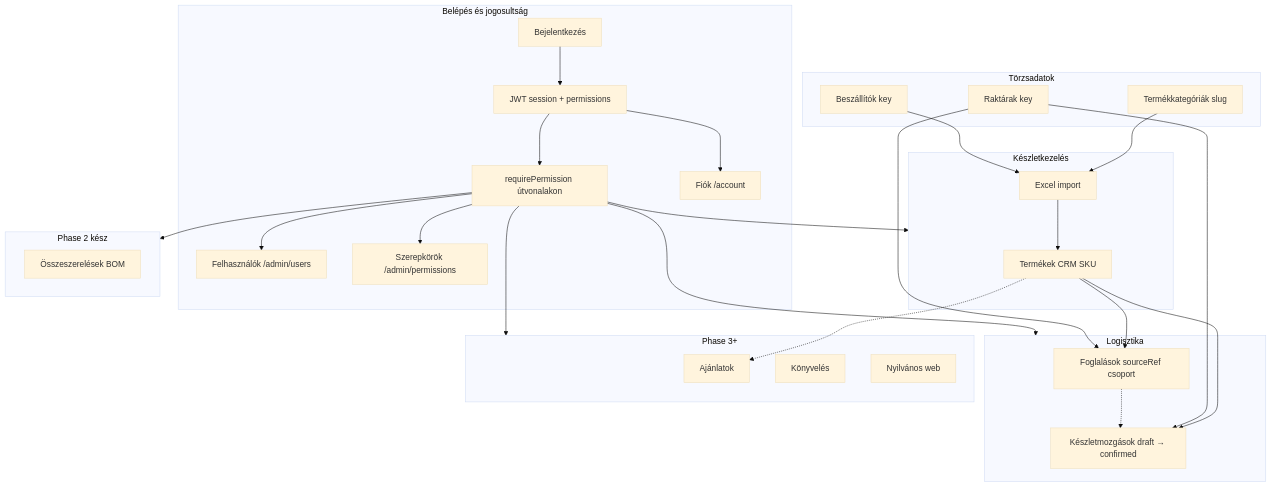
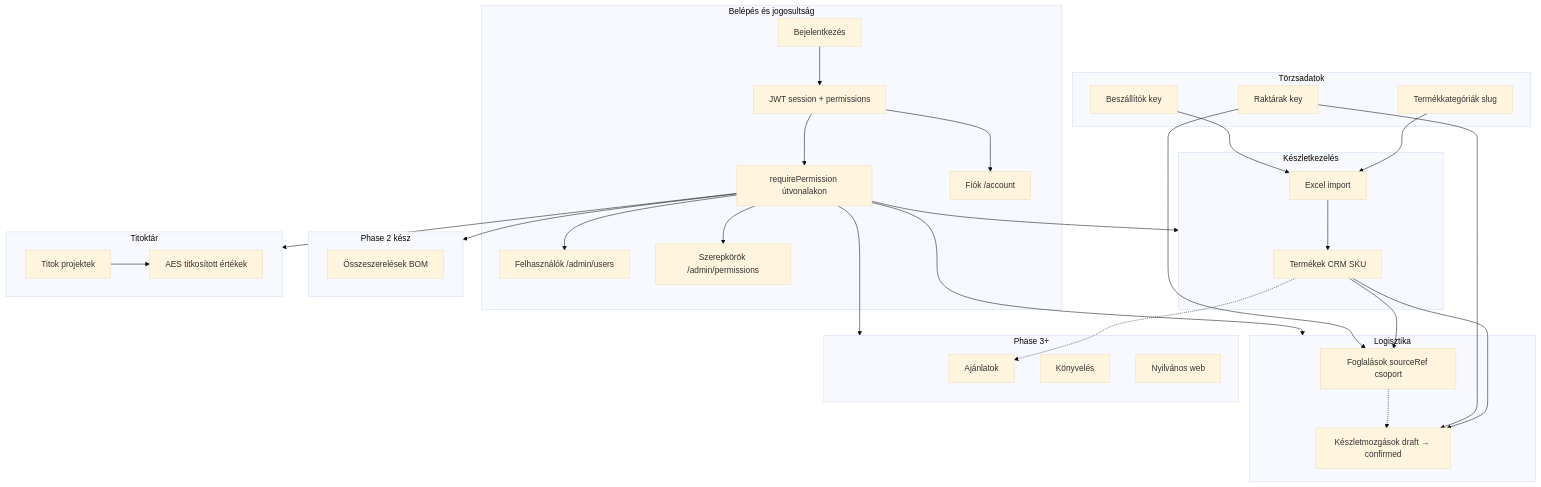
One commit to Tomkoooo/tCrm changed the first of 8 diagrams in docs/inventory_and_logistics_flows.md. Above: the diagram before and after it, drawn with Mermaid (base theme). The commit also changed other lines of this file and 26 other files, not shown here.

First line of the commit message:
feat: add Titoktár secret storage with encrypted values and RBAC sharing

````diff
--- a/docs/inventory_and_logistics_flows.md
+++ b/docs/inventory_and_logistics_flows.md
@@ -7,53 +7,60 @@
 ```mermaid
 flowchart TB
   subgraph auth [Belépés és jogosultság]
     login[Bejelentkezés] --> session[JWT session + permissions]
     session --> rbac[requirePermission útvonalakon]
     account[Fiók /account]
     usersAdmin[Felhasználók /admin/users]
     rolesAdmin[Szerepkörök /admin/permissions]
     session --> account
     rbac --> usersAdmin
     rbac --> rolesAdmin
   end
 
   subgraph master [Törzsadatok]
     cat[Termékkategóriák slug]
     sup[Beszállítók key]
     wh[Raktárak key]
   end
 
   subgraph inv [Készletkezelés]
     products[Termékek CRM SKU]
     import[Excel import]
     import --> products
     cat --> import
     sup --> import
   end
 
   subgraph log [Logisztika]
     mov[Készletmozgások draft → confirmed]
     res[Foglalások sourceRef csoport]
     products --> mov
     products --> res
     wh --> mov
     wh --> res
   end
 
   subgraph phase2done [Phase 2 kész]
     builds[Összeszerelések BOM]
   end
 
+  subgraph secrets [Titoktár]
+    secProj[Titok projektek]
+    secEnc[AES titkosított értékek]
+    secProj --> secEnc
+  end
+
   subgraph future [Phase 3+]
     offers[Ajánlatok]
     acct[Könyvelés]
     landing[Nyilvános web]
   end
 
   rbac --> inv
   rbac --> log
   rbac --> phase2done
+  rbac --> secrets
   rbac --> future
   products -.-> offers
   res -.-> mov
 ```
````
